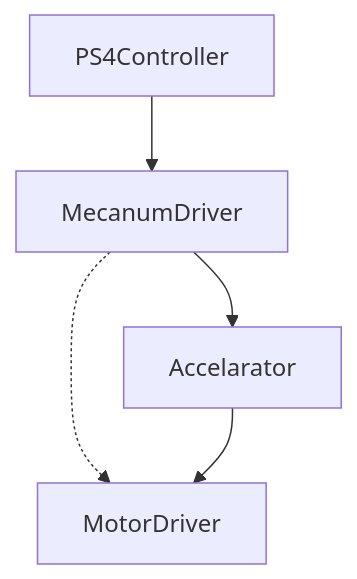
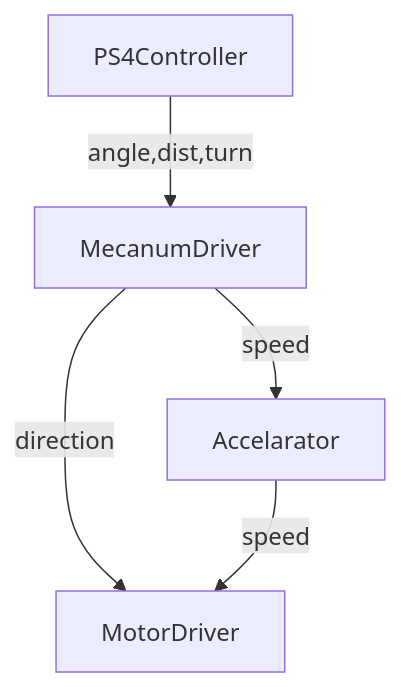
The first of 2 diagrams in README.md (Tomoooji/Planaria_renewal), drawn with Mermaid before and after one commit.

Commit message:
update flowchart

````diff
--- a/README.md
+++ b/README.md
@@ -29,7 +29,7 @@
 ```mermaid
 graph TD;
-PS4Controller --> MecanumDriver; 
-MecanumDriver -.-> MotorDriver;
-MecanumDriver --> Accelarator;
-Accelarator --> MotorDriver;
+PS4Controller -->|angle,dist,turn| MecanumDriver;
+MecanumDriver -->|direction| MotorDriver;
+MecanumDriver -->|speed| Accelarator;
+Accelarator -->|speed| MotorDriver;
 ```
````
